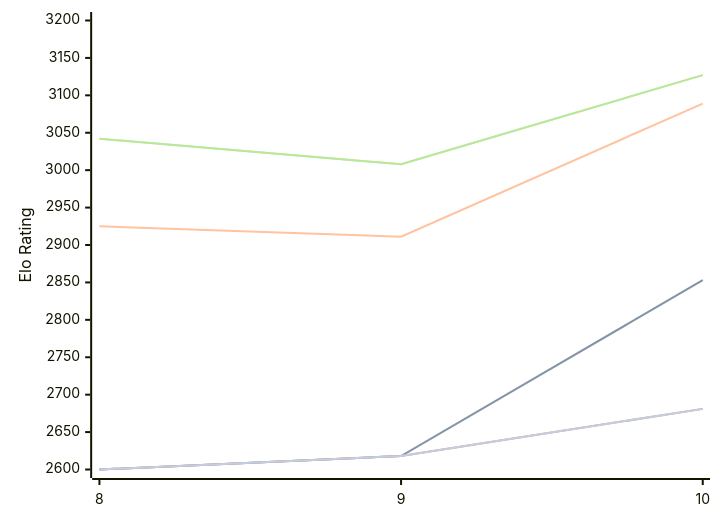
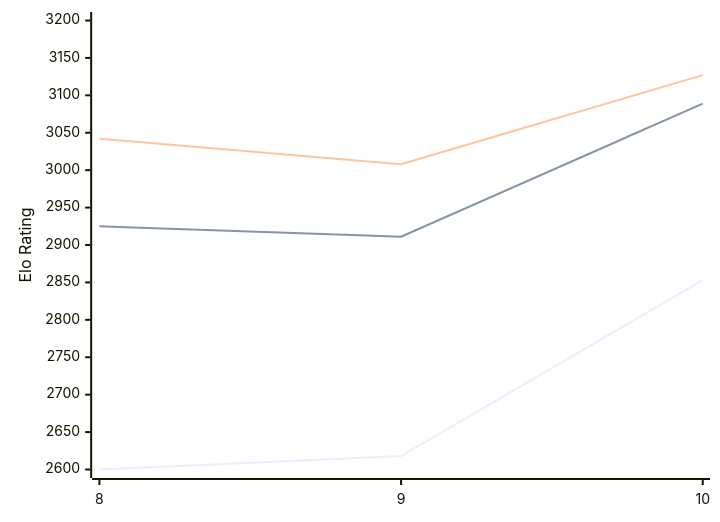
The diagram in engines/Lozza.md (computer-chess-index/cci), drawn with Mermaid before and after one commit. The commit also changed other lines of this file, not shown here.

````diff
--- a/engines/Lozza.md
+++ b/engines/Lozza.md
@@ -49,13 +49,9 @@
 ```mermaid
 %%{init: {"theme":"base","themeVariables":{"seriesColors:['#a3a3a3','#222221','#faa371']}}}%%
 xychart-beta
   x-axis ["8", "9", "10"]
   y-axis "Elo Rating" 2600 --> 3200
-  line "" [2600, 2618, 2853]
   line "T1: STC (8.0+0.08s)" [2600, 2618, 2853]
   line "T1: LTC (60.0+0.60s)" [2925, 2911, 3089]
-  line "" [3042, 3008, 3127]
   line "T1: VLTC (2m24s+1.12s)" [3042, 3008, 3127]
-  line "" [2600, 2618,2681]
-  line "E1: STC (8.0+0.08s)" [2600, 2618,2681]
 ```
````
